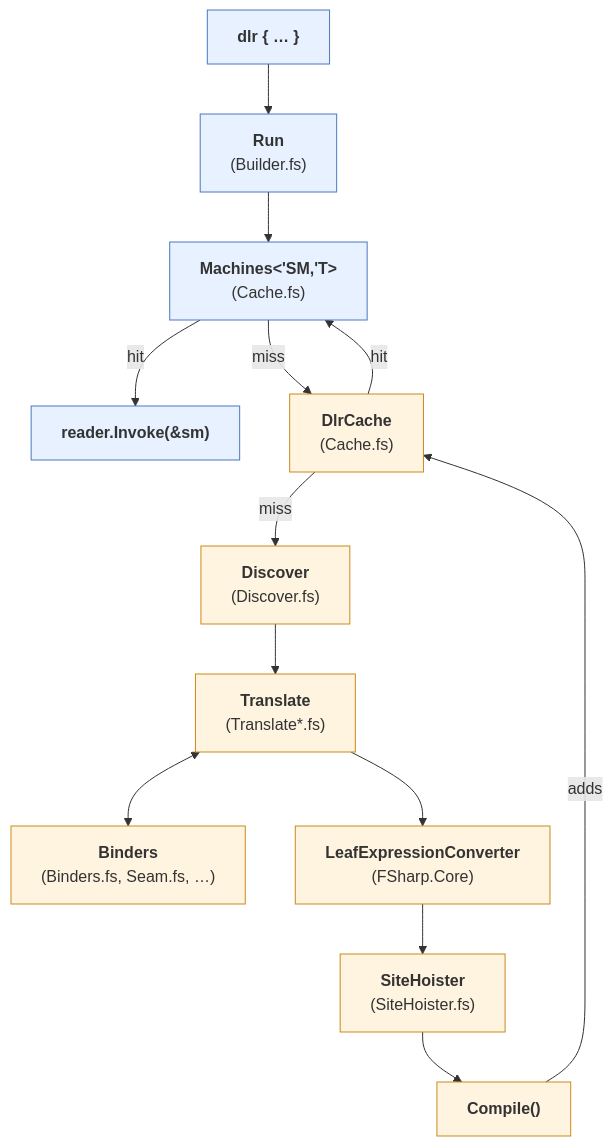
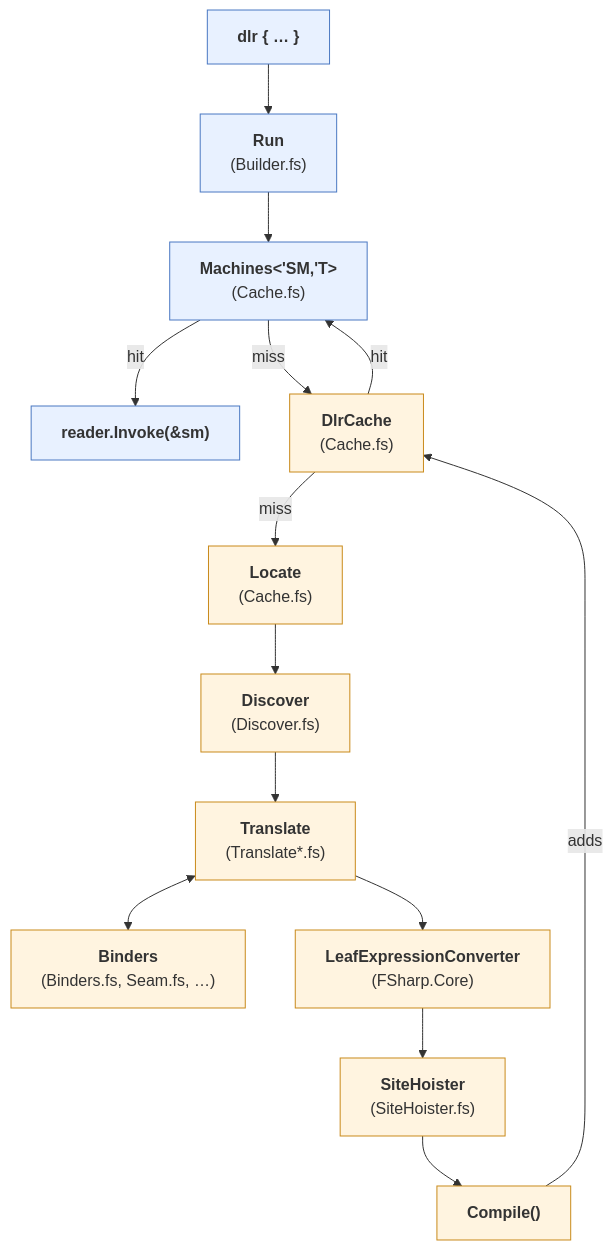
Before and after one commit to ekonbenefits/FSharp.Interop.Dlr: the first of 3 diagrams in docs/pipeline.md, drawn with Mermaid. The commit also changed other lines of this file, not shown here.

Commit message:
docs/pipeline.md: the location probe in the overview diagram; the desugaring with Delay's caller info
The overview went from a DlrCache miss straight to Discover; since #250 the block's file and line
come first from Locate's probe of its outermost Delay, as the first-call diagram already showed.
One sentence still desugared a block to Run(Delay(fun () -> …)); the rest of the page writes
Run(Delay((fun () -> …), file, line)).

````diff
--- a/docs/pipeline.md
+++ b/docs/pipeline.md
@@ -8,27 +8,28 @@
 ```mermaid
 flowchart TD
     src["<b>dlr { … }</b>"]
     run["<b>Run</b><br/>(Builder.fs)"]
     sites["<b>Machines&lt;'SM,'T&gt;</b><br/>(Cache.fs)"]
     invoke["<b>reader.Invoke(&amp;sm)</b>"]
     cache["<b>DlrCache</b><br/>(Cache.fs)"]
+    locate["<b>Locate</b><br/>(Cache.fs)"]
     discover["<b>Discover</b><br/>(Discover.fs)"]
     translate["<b>Translate</b><br/>(Translate*.fs)"]
     binders["<b>Binders</b><br/>(Binders.fs, Seam.fs, …)"]
     conv["<b>LeafExpressionConverter</b><br/>(FSharp.Core)"]
     hoist["<b>SiteHoister</b><br/>(SiteHoister.fs)"]
     compile["<b>Compile()</b>"]
 
     src --> run --> sites
     sites -- hit --> invoke
     sites -- miss --> cache
-    cache -- miss --> discover --> translate
+    cache -- miss --> locate --> discover --> translate
     translate <--> binders
     translate --> conv --> hoist --> compile -- adds --> cache
     cache -- hit --> sites
 
     classDef entry fill:#e8f1ff,stroke:#4a78c2
     classDef compileOnce fill:#fff4e0,stroke:#c98a1b
     class src,run,sites,invoke entry
-    class cache,discover,translate,binders,conv,hoist,compile compileOnce
+    class cache,locate,discover,translate,binders,conv,hoist,compile compileOnce
 ```
````
